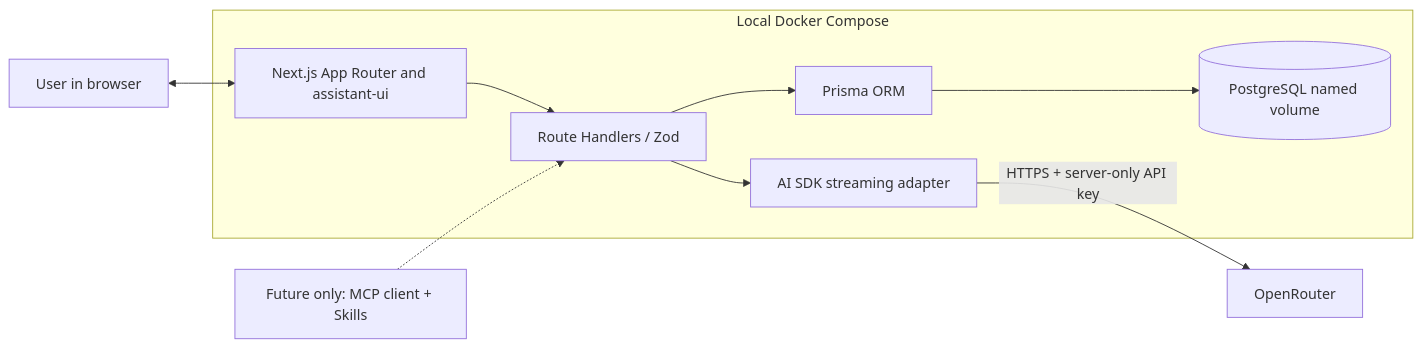
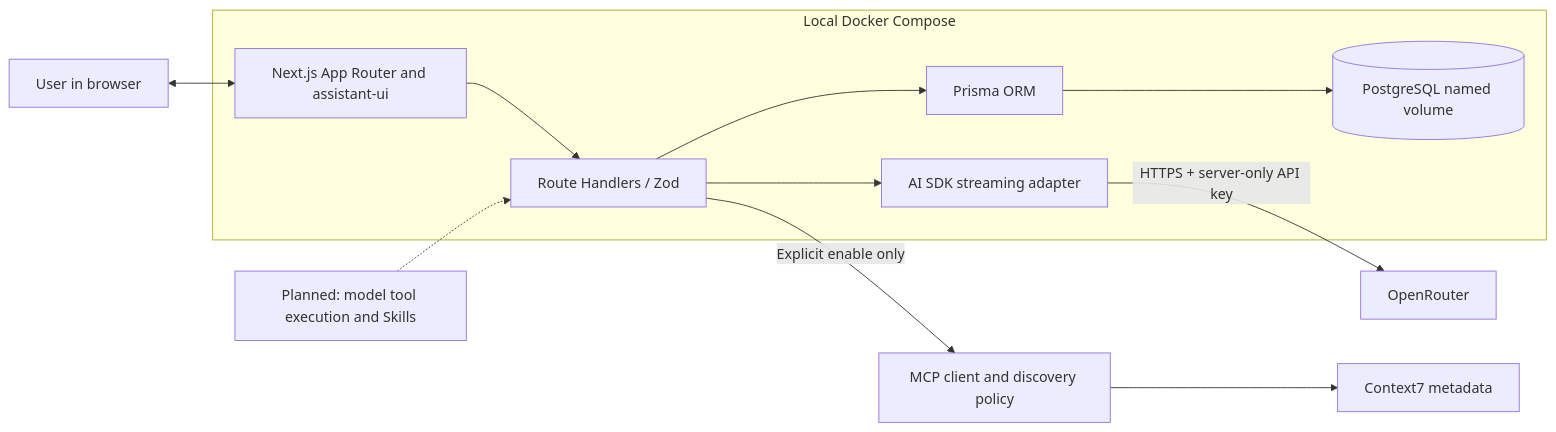
One commit to kereszteszsolt/open-nook-ai changed the first of 3 diagrams in docs/architecture.md. Above: the diagram before and after it, drawn with Mermaid. The commit also changed other lines of this file and 35 other files, not shown here.

First line of the commit message:
feat: add trusted Context7 MCP discovery

````diff
--- a/docs/architecture.md
+++ b/docs/architecture.md
@@ -13,17 +13,19 @@
 ```mermaid
 flowchart LR
     Person[User in browser]
     subgraph Stack[Local Docker Compose]
         Web[Next.js App Router and assistant-ui]
         Routes[Route Handlers / Zod]
         AI[AI SDK streaming adapter]
         Prisma[Prisma ORM]
         DB[(PostgreSQL named volume)]
         Web --> Routes
         Routes --> AI
         Routes --> Prisma --> DB
     end
     Person <--> Web
     AI -->|HTTPS + server-only API key| OR[OpenRouter]
-    Future[Future only: MCP client + Skills] -.-> Routes
+    Routes -->|Explicit enable only| Discovery[MCP client and discovery policy]
+    Discovery --> Context7[Context7 metadata]
+    Future[Planned: model tool execution and Skills] -.-> Routes
 ```
````
